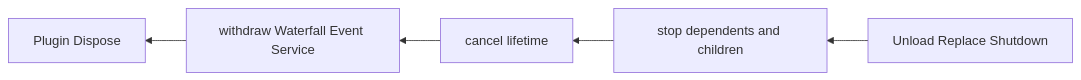
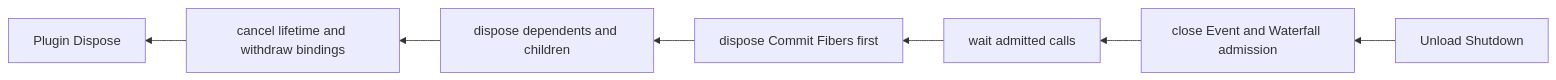
One commit to gorenx/goren changed the second of 2 diagrams in plugin/README.zh-CN.md. Above: the diagram before and after it, drawn with Mermaid. The commit also changed other lines of this file, not shown here.

Commit message:
docs(plugin): describe declarative tree lifecycle

````diff
--- a/plugin/README.zh-CN.md
+++ b/plugin/README.zh-CN.md
@@ -32,7 +36,9 @@
 ```mermaid
 flowchart RL
-    Stop[Unload Replace Shutdown] --> Dependents[stop dependents and children]
-    Dependents --> Lifetime[cancel lifetime]
-    Lifetime --> Contributions[withdraw Waterfall Event Service]
-    Contributions --> Dispose[Plugin Dispose]
+    Stop[Unload Shutdown] --> Admission[close Event and Waterfall admission]
+    Admission --> Drain[wait admitted calls]
+    Drain --> Commit[dispose Commit Fibers first]
+    Commit --> Dependents[dispose dependents and children]
+    Dependents --> Lifetime[cancel lifetime and withdraw bindings]
+    Lifetime --> Dispose[Plugin Dispose]
 ```
````
